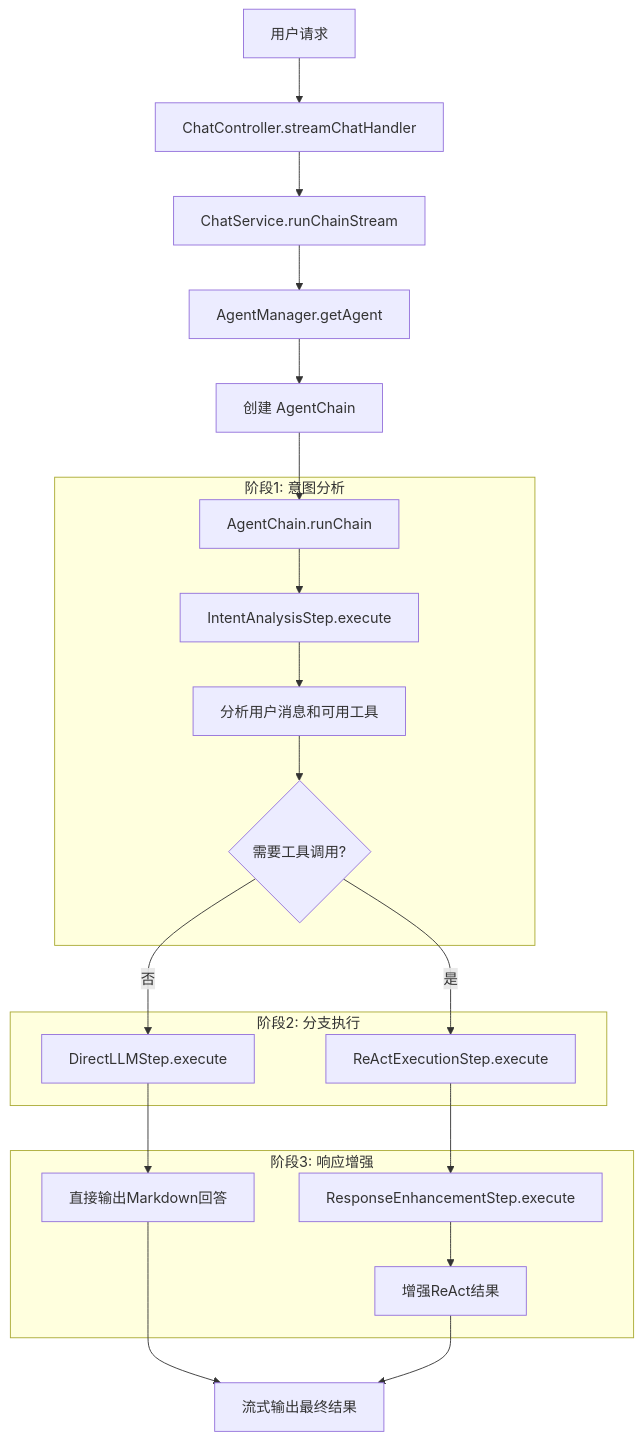
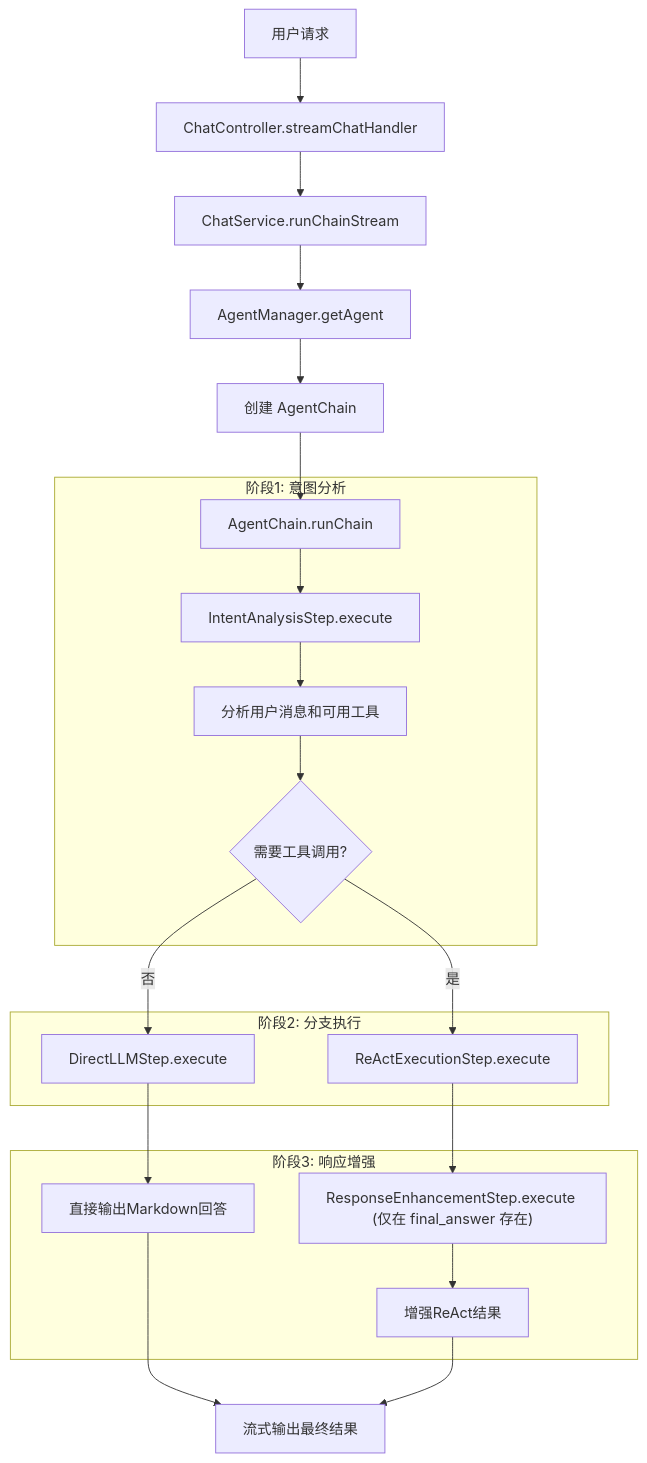
Before and after one commit to seemrcola/bot-server: the first of 2 diagrams in docs/react-flow.md, drawn with Mermaid. The commit also changed other lines of this file and 9 other files, not shown here.

````diff
--- a/docs/react-flow.md
+++ b/docs/react-flow.md
@@ -8,28 +8,28 @@
 ```mermaid
 flowchart TD
   A["用户请求"] --> B["ChatController.streamChatHandler"]
   B --> C["ChatService.runChainStream"]
   C --> D["AgentManager.getAgent"]
   D --> E["创建 AgentChain"]
   E --> F["AgentChain.runChain"]
 
   subgraph "阶段1: 意图分析"
     F --> G["IntentAnalysisStep.execute"]
     G --> H["分析用户消息和可用工具"]
     H --> I{"需要工具调用?"}
   end
 
   subgraph "阶段2: 分支执行"
     I -- "否" --> J["DirectLLMStep.execute"]
     I -- "是" --> K["ReActExecutionStep.execute"]
   end
 
   subgraph "阶段3: 响应增强"
     J --> L["直接输出Markdown回答"]
-    K --> M["ResponseEnhancementStep.execute"]
+    K --> M["ResponseEnhancementStep.execute (仅在 final_answer 存在)"]
     M --> N["增强ReAct结果"]
   end
 
   L --> O["流式输出最终结果"]
   N --> O
 ```
````
